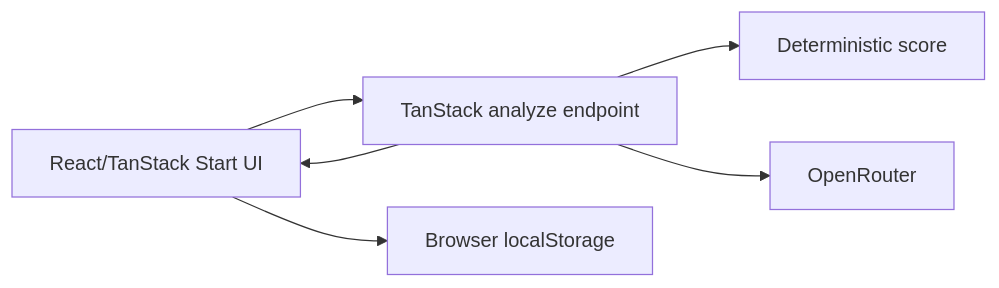
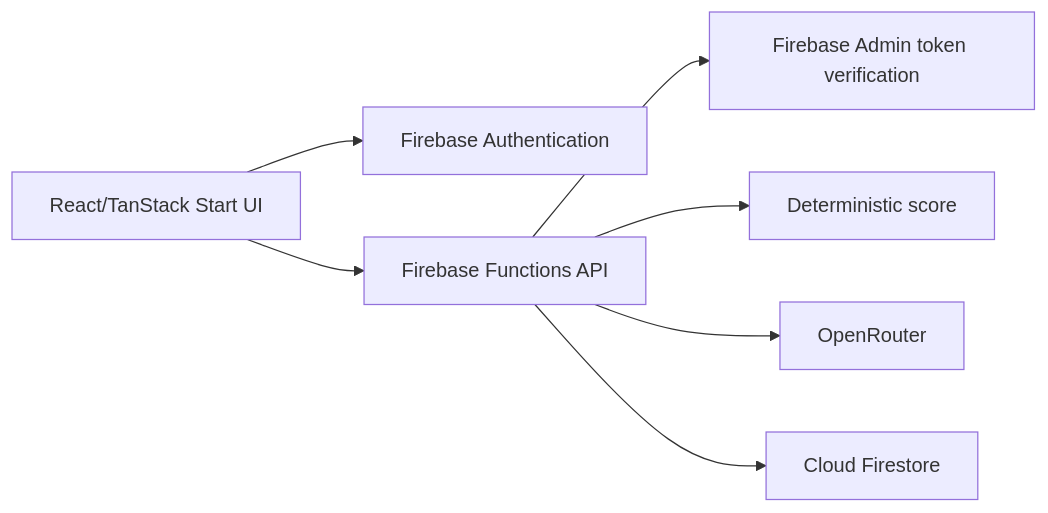
The first of 2 diagrams in specs/02-architecture/system-architecture.md (kyaw-hlaing-soe-dev/Care-AI), drawn with Mermaid before and after one commit. The commit also changed other lines of this file and 31 other files, not shown here.

````diff
--- a/specs/02-architecture/system-architecture.md
+++ b/specs/02-architecture/system-architecture.md
@@ -12,8 +12,9 @@
 ```mermaid
 flowchart LR
-  UI[React/TanStack Start UI] --> API[TanStack analyze endpoint]
+  UI[React/TanStack Start UI] --> AUTH[Firebase Authentication]
+  UI --> API[Firebase Functions API]
+  API --> ADMIN[Firebase Admin token verification]
   API --> SCORE[Deterministic score]
   API --> OR[OpenRouter]
-  API --> UI
-  UI --> LS[Browser localStorage]
+  API --> DB[Cloud Firestore]
 ```
````
